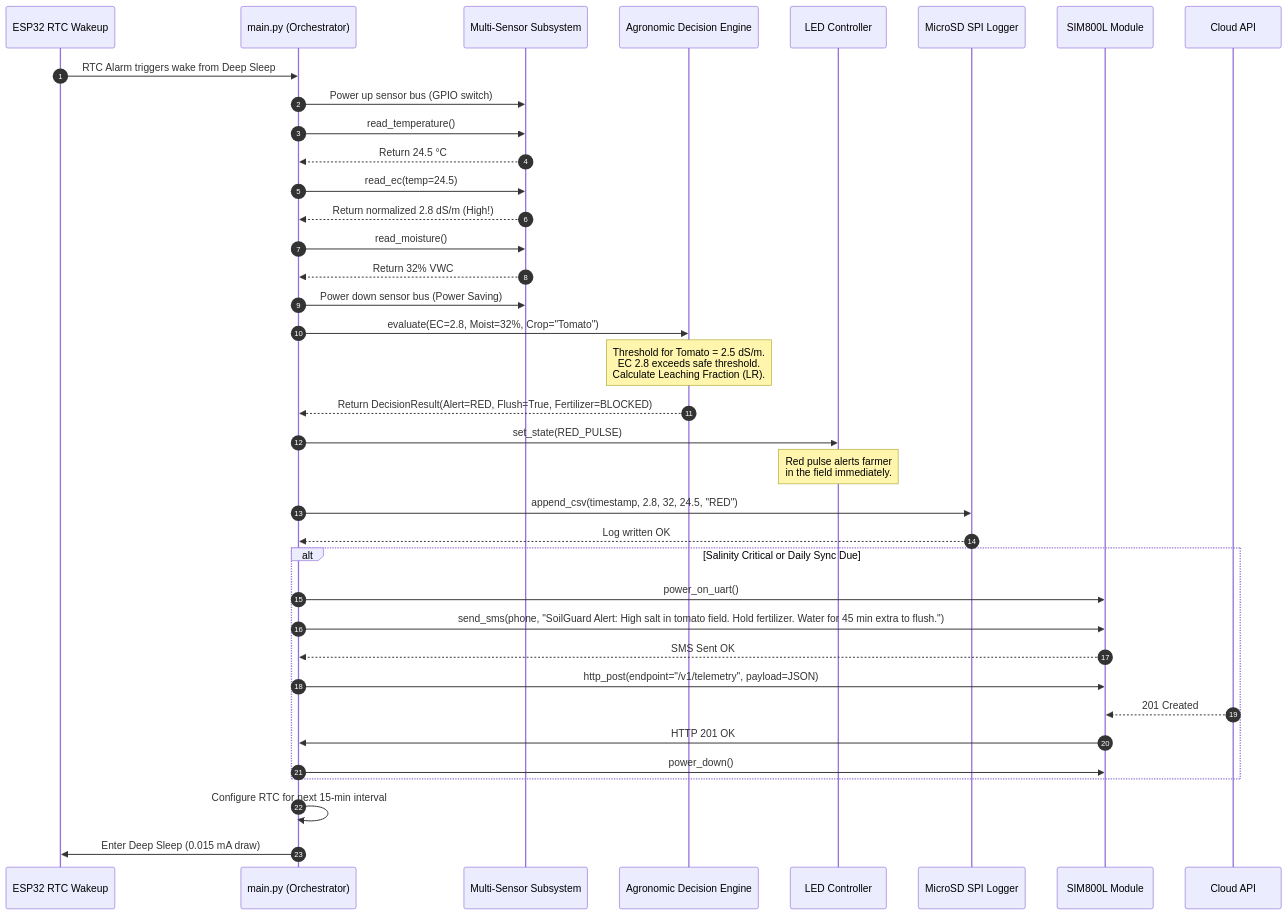
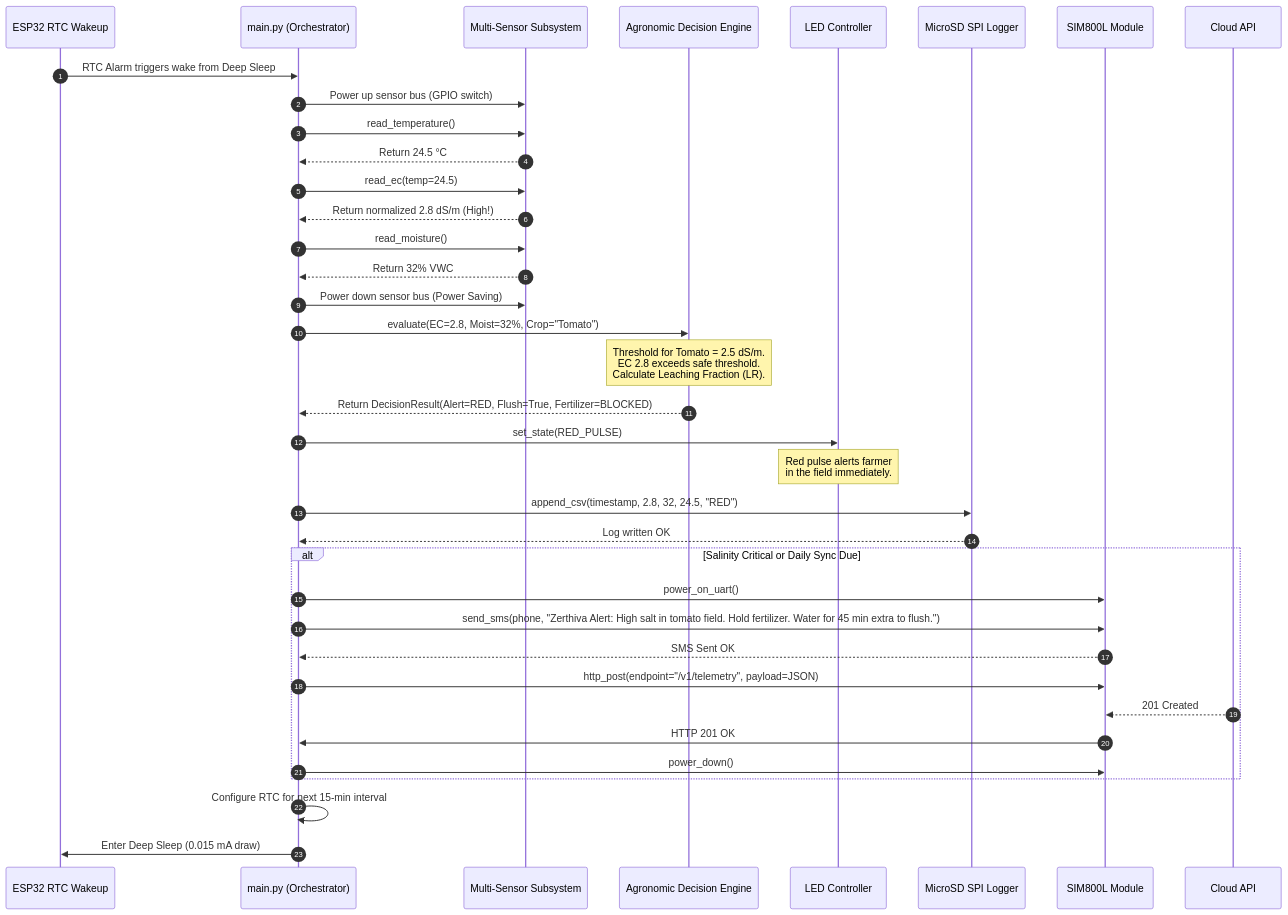
Before and after one commit to Collomut/Zerthiva: the second of 4 diagrams in docs/architecture/uml_diagrams.md, drawn with Mermaid. The commit also changed other lines of this file and 44 other files, not shown here.

Commit message:
Rename project from SoilGuard to Zerthiva across codebase, docs, and configs

````diff
--- a/docs/architecture/uml_diagrams.md
+++ b/docs/architecture/uml_diagrams.md
@@ -84,45 +84,45 @@
 ```mermaid
 sequenceDiagram
     autonumber
     participant Timer as ESP32 RTC Wakeup
     participant Main as main.py (Orchestrator)
     participant Sensors as Multi-Sensor Subsystem
     participant Engine as Agronomic Decision Engine
     participant LED as LED Controller
     participant Storage as MicroSD SPI Logger
     participant GSM as SIM800L Module
     participant Cloud as Cloud API
 
     Timer->>Main: RTC Alarm triggers wake from Deep Sleep
     Main->>Sensors: Power up sensor bus (GPIO switch)
     Main->>Sensors: read_temperature()
     Sensors-->>Main: Return 24.5 °C
     Main->>Sensors: read_ec(temp=24.5)
     Sensors-->>Main: Return normalized 2.8 dS/m (High!)
     Main->>Sensors: read_moisture()
     Sensors-->>Main: Return 32% VWC
     Main->>Sensors: Power down sensor bus (Power Saving)
 
     Main->>Engine: evaluate(EC=2.8, Moist=32%, Crop="Tomato")
     Note over Engine: Threshold for Tomato = 2.5 dS/m.<br/>EC 2.8 exceeds safe threshold.<br/>Calculate Leaching Fraction (LR).
     Engine-->>Main: Return DecisionResult(Alert=RED, Flush=True, Fertilizer=BLOCKED)
 
     Main->>LED: set_state(RED_PULSE)
     Note over LED: Red pulse alerts farmer<br/>in the field immediately.
 
     Main->>Storage: append_csv(timestamp, 2.8, 32, 24.5, "RED")
     Storage-->>Main: Log written OK
 
     alt Salinity Critical or Daily Sync Due
         Main->>GSM: power_on_uart()
-        Main->>GSM: send_sms(phone, "SoilGuard Alert: High salt in tomato field. Hold fertilizer. Water for 45 min extra to flush.")
+        Main->>GSM: send_sms(phone, "Zerthiva Alert: High salt in tomato field. Hold fertilizer. Water for 45 min extra to flush.")
         GSM-->>Main: SMS Sent OK
         Main->>GSM: http_post(endpoint="/v1/telemetry", payload=JSON)
         Cloud-->>GSM: 201 Created
         GSM->>Main: HTTP 201 OK
         Main->>GSM: power_down()
     end
 
     Main->>Main: Configure RTC for next 15-min interval
     Main->>Timer: Enter Deep Sleep (0.015 mA draw)
 ```
````
